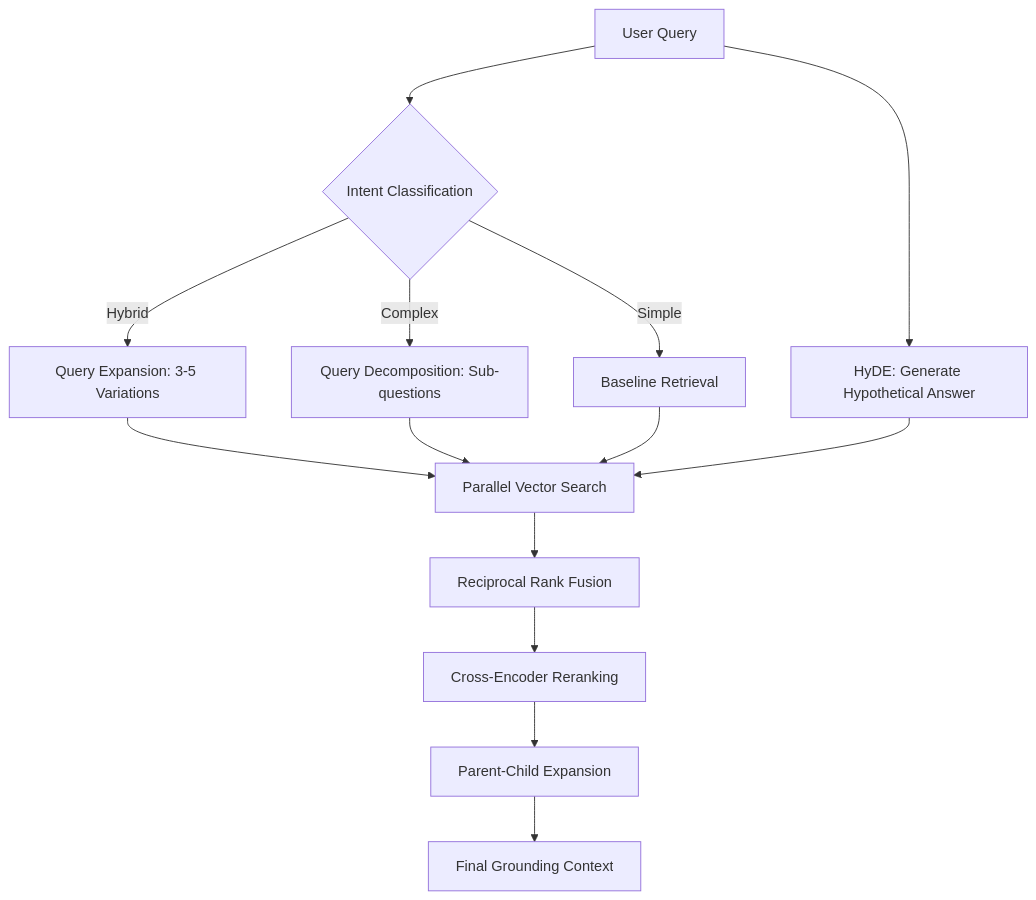
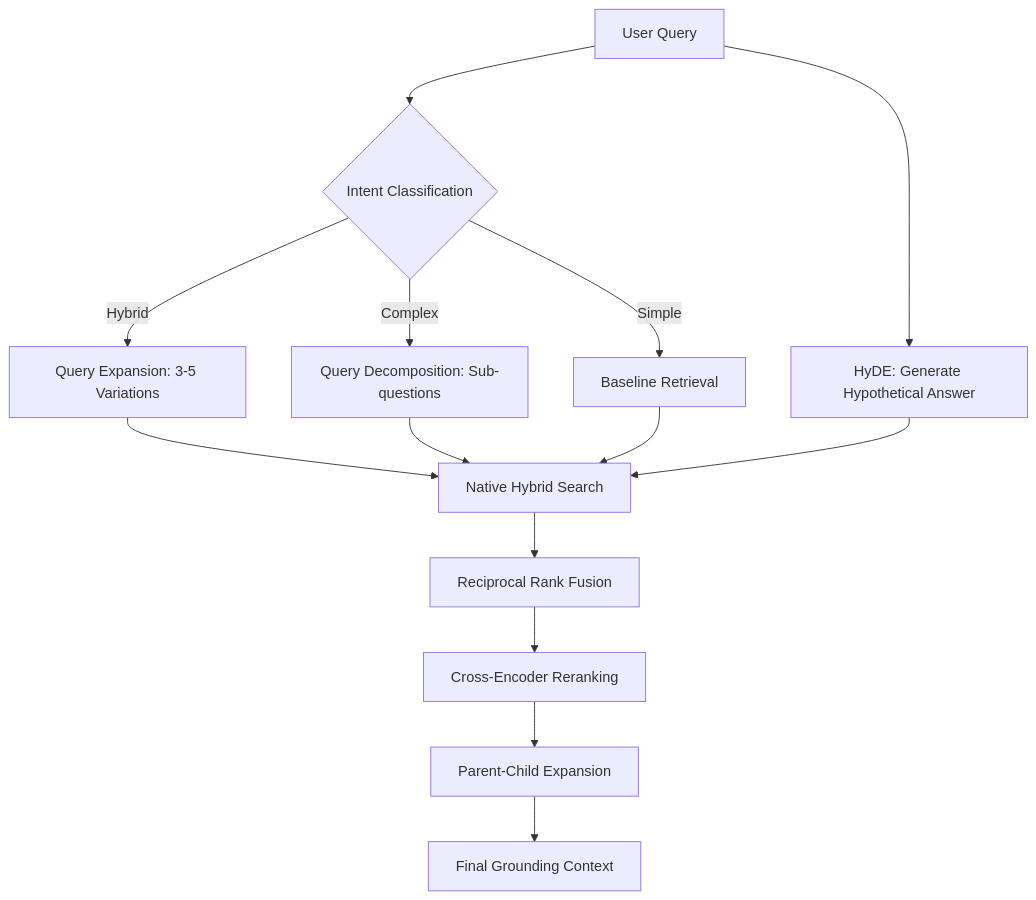
Before and after one commit to thaihai-swe/chatbot-with-data: the second of 4 diagrams in docs/diagrams/system-flow.md, drawn with Mermaid. The commit also changed other lines of this file and 18 other files, not shown here.

Commit message:
4.2-hybrid-search-weaviate

````diff
--- a/docs/diagrams/system-flow.md
+++ b/docs/diagrams/system-flow.md
@@ -99,20 +102,20 @@
 ```mermaid
 graph TD
     Q[User Query] --> Classify{Intent Classification}
     
     Classify -- Hybrid --> Expand[Query Expansion: 3-5 Variations]
     Classify -- Complex --> Decompose[Query Decomposition: Sub-questions]
     Classify -- Simple --> Baseline[Baseline Retrieval]
 
-    Expand --> MultiSearch[Parallel Vector Search]
-    Decompose --> MultiSearch
-    Baseline --> MultiSearch
+    Expand --> HybridSearch[Native Hybrid Search]
+    Decompose --> HybridSearch
+    Baseline --> HybridSearch
     
     Q --> HyDE[HyDE: Generate Hypothetical Answer]
-    HyDE --> MultiSearch
+    HyDE --> HybridSearch
 
-    MultiSearch --> RRF[Reciprocal Rank Fusion]
+    HybridSearch --> RRF[Reciprocal Rank Fusion]
     RRF --> Rerank[Cross-Encoder Reranking]
     Rerank --> PC[Parent-Child Expansion]
     PC --> Final[Final Grounding Context]
 ```
````
